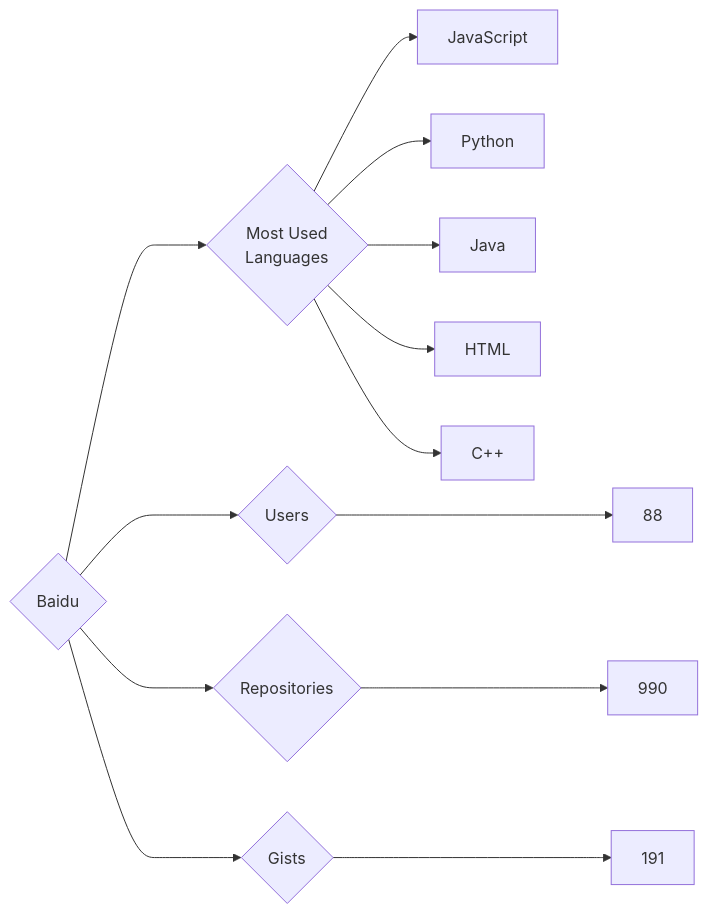
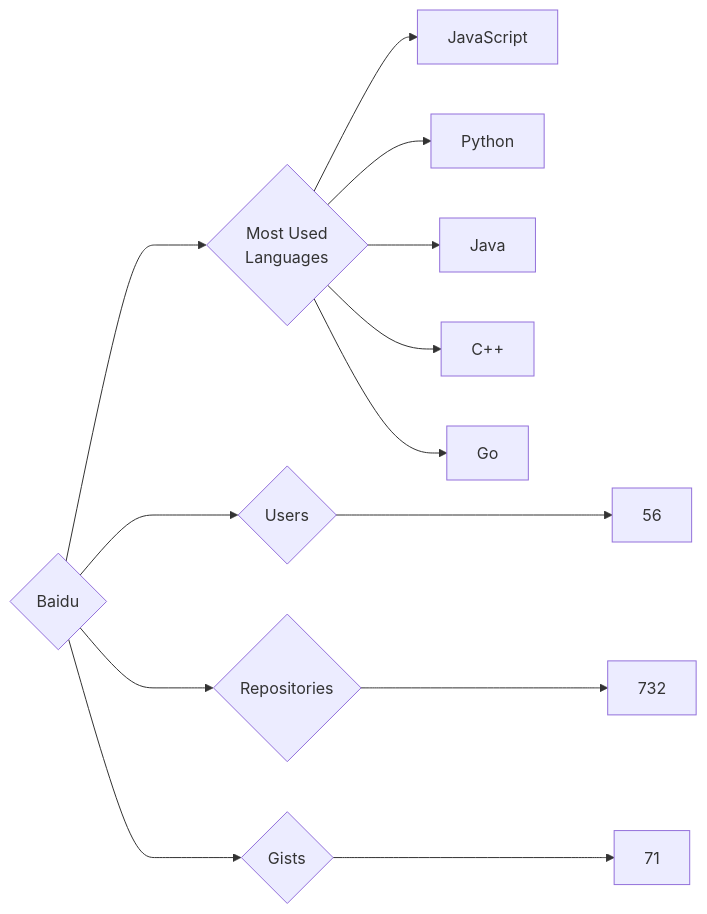
Before and after one commit to trickest/insiders: the diagram in targets/Baidu/README.md, drawn with Mermaid. The commit also changed 870 other files, not shown here.

````diff
--- a/targets/Baidu/README.md
+++ b/targets/Baidu/README.md
@@ -3,13 +3,13 @@
 ```mermaid
 graph LR
 COMPANY_NAME{Baidu}
-COMPANY_NAME ---> U{Users} ---> UN[88]
-COMPANY_NAME ---> R{Repositories} ---> RN[990]
-COMPANY_NAME ---> G{Gists} ---> GN[191]
+COMPANY_NAME ---> U{Users} ---> UN[56]
+COMPANY_NAME ---> R{Repositories} ---> RN[732]
+COMPANY_NAME ---> G{Gists} ---> GN[71]
 COMPANY_NAME ---> ML{Most Used<br>Languages}
 ML --> JavaScript[JavaScript]
 ML --> Python[Python]
 ML --> Java[Java]
-ML --> HTML[HTML]
 ML --> C++[C++]
+ML --> Go[Go]
 ```
````
